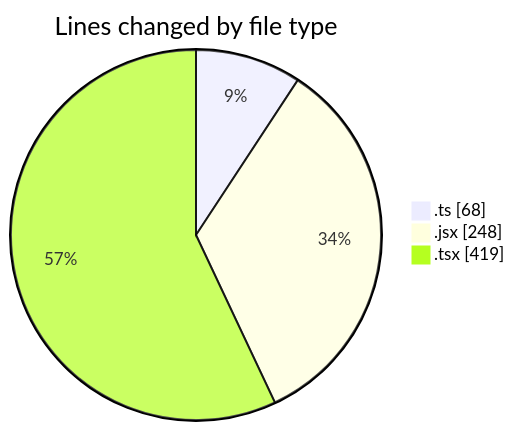
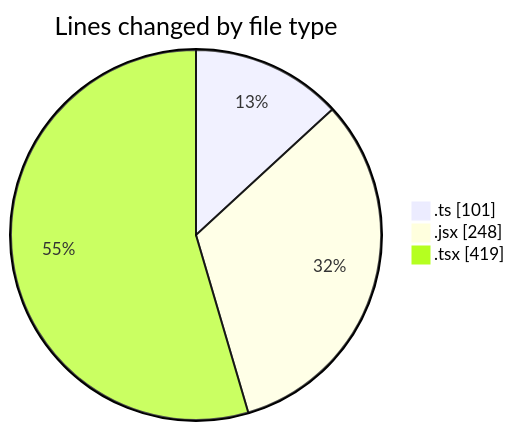
The first of 2 diagrams in 2025-02-08/termonied-web/README.md (robertbonfada/code-tracking), drawn with Mermaid before and after one commit. The commit also changed other lines of this file and 1 other file, not shown here.

````diff
--- a/2025-02-08/termonied-web/README.md
+++ b/2025-02-08/termonied-web/README.md
@@ -26,7 +26,7 @@
 ```mermaid
 pie showData
 title Lines changed by file type
-".ts" : 68
+".ts" : 101
 ".jsx" : 248
 ".tsx" : 419
 ```
````
